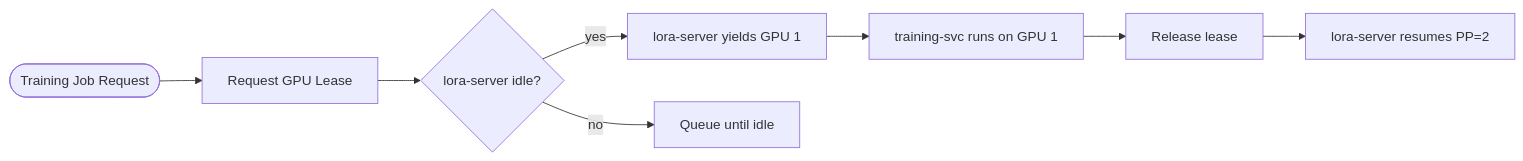
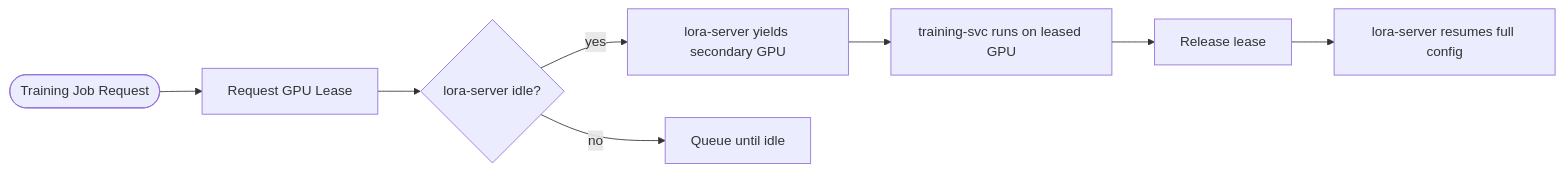
The diagram in docs/architecture/monorepo-mapping.md (ElixirTrials/rune), drawn with Mermaid before and after one commit. The commit also changed other lines of this file and 8 other files, not shown here.

````diff
--- a/docs/architecture/monorepo-mapping.md
+++ b/docs/architecture/monorepo-mapping.md
@@ -55,10 +55,10 @@
 ```mermaid
 flowchart LR
     TrainReq([Training Job Request]) --> Lease[Request GPU Lease]
     Lease --> Check{lora-server idle?}
-    Check -->|yes| Yield[lora-server yields GPU 1]
+    Check -->|yes| Yield[lora-server yields secondary GPU]
     Check -->|no| Queue[Queue until idle]
-    Yield --> Train[training-svc runs on GPU 1]
+    Yield --> Train[training-svc runs on leased GPU]
     Train --> Release[Release lease]
-    Release --> Resume[lora-server resumes PP=2]
+    Release --> Resume[lora-server resumes full config]
 ```
````
